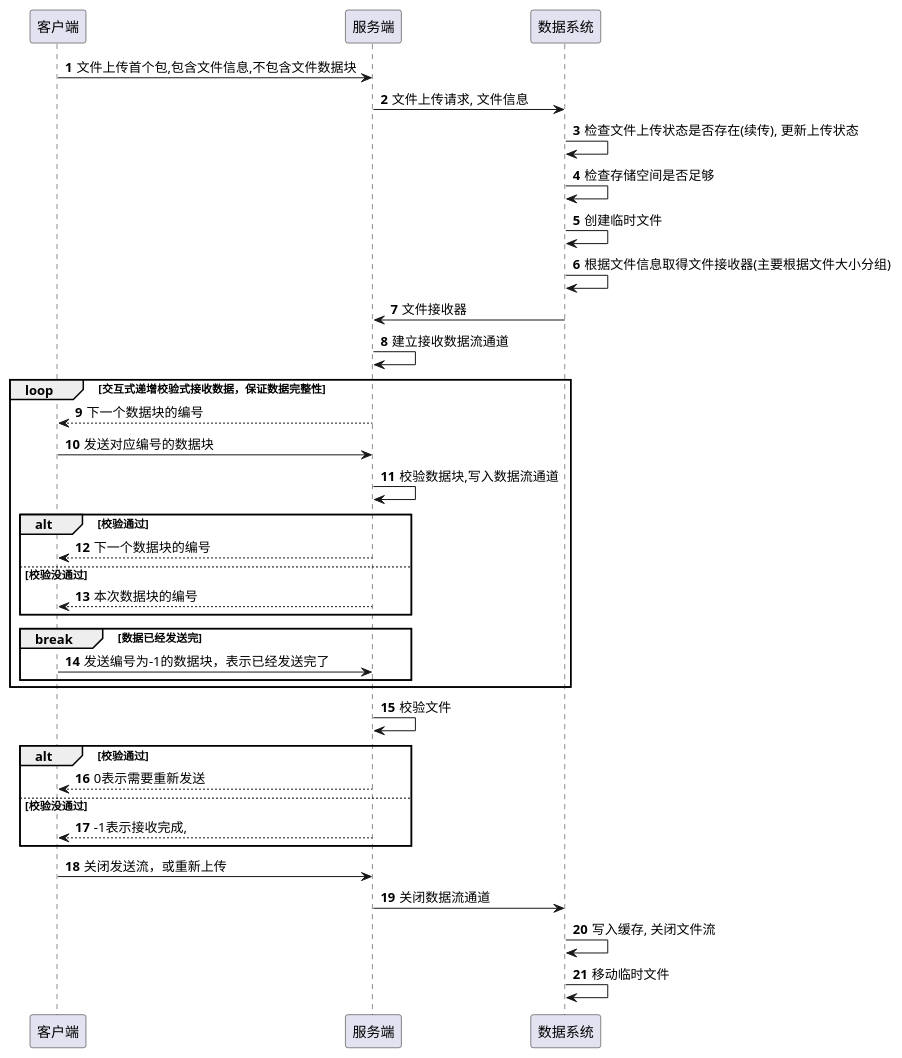
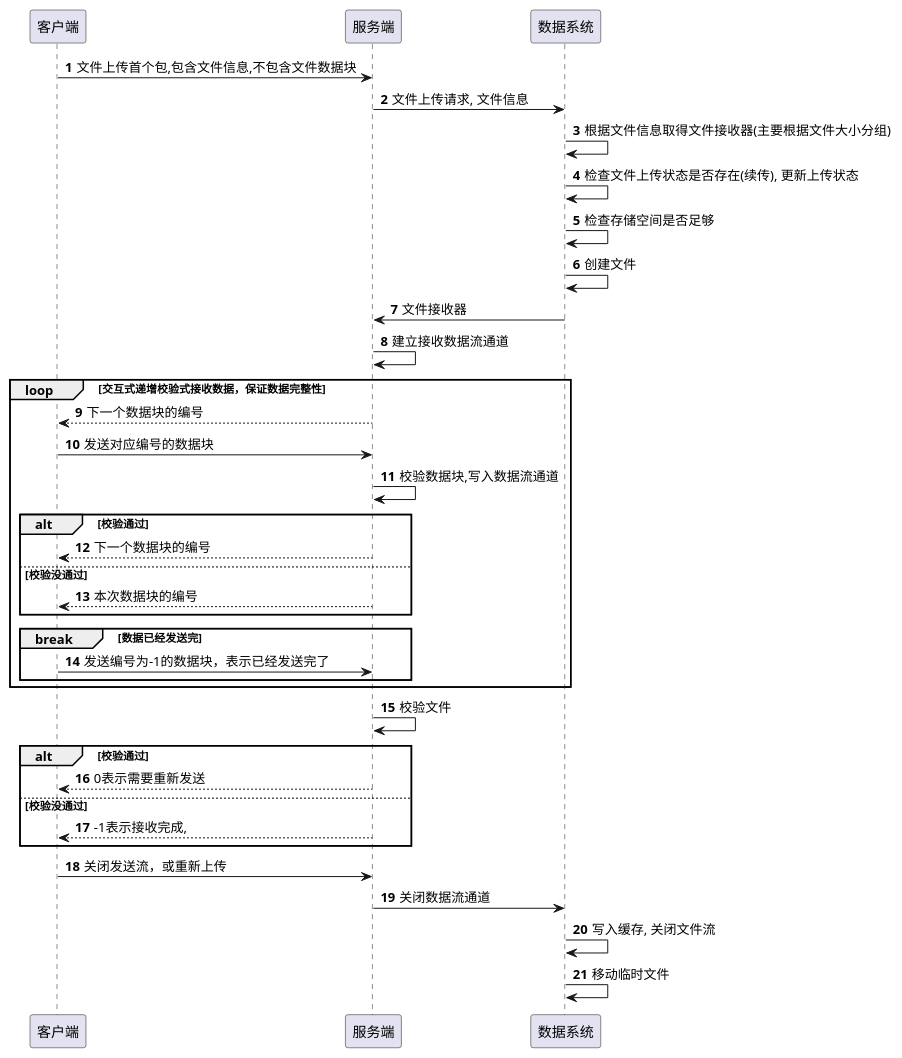
Before and after one commit to cashmerepipeline/cashmere_core: the diagram in documents/数据/文件上传过程.puml, drawn with PlantUML. The commit also changed 10 other files, not shown here.

```diff
--- a/documents/数据/文件上传过程.puml
+++ b/documents/数据/文件上传过程.puml
@@ -1,44 +1,44 @@
 @startuml
 'https://plantuml.com/sequence-diagram
 
 autonumber
 
 客户端 -> 服务端: 文件上传首个包,包含文件信息,不包含文件数据块
 服务端 -> 数据系统: 文件上传请求, 文件信息
 
+数据系统 -> 数据系统: 根据文件信息取得文件接收器(主要根据文件大小分组)
 数据系统 -> 数据系统: 检查文件上传状态是否存在(续传), 更新上传状态
 数据系统 -> 数据系统: 检查存储空间是否足够
-数据系统 -> 数据系统: 创建临时文件
-数据系统 -> 数据系统: 根据文件信息取得文件接收器(主要根据文件大小分组)
+数据系统 -> 数据系统: 创建文件
 数据系统 -> 服务端: 文件接收器
 
 服务端 -> 服务端: 建立接收数据流通道
 
 loop 交互式递增校验式接收数据，保证数据完整性
 服务端 --> 客户端: 下一个数据块的编号
 客户端 -> 服务端: 发送对应编号的数据块
 服务端 -> 服务端: 校验数据块,写入数据流通道
 alt 校验通过
 客户端 <-- 服务端: 下一个数据块的编号
 else 校验没通过
 服务端 --> 客户端: 本次数据块的编号
 end
     break 数据已经发送完
     客户端 -> 服务端: 发送编号为-1的数据块，表示已经发送完了
     end
 end
 
 服务端 -> 服务端: 校验文件
 
 
 alt 校验通过
 服务端 --> 客户端:  0表示需要重新发送
 else 校验没通过
 服务端 --> 客户端:  -1表示接收完成,
 end
 
 客户端 -> 服务端: 关闭发送流，或重新上传
 服务端 -> 数据系统: 关闭数据流通道
 数据系统-> 数据系统: 写入缓存, 关闭文件流
 数据系统 -> 数据系统: 移动临时文件
 @enduml
```
